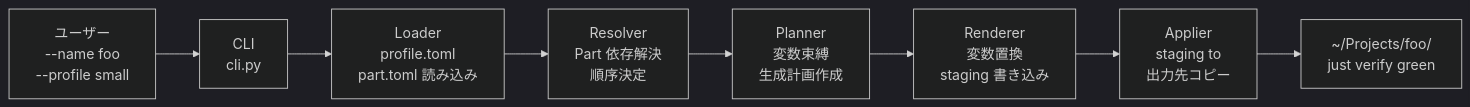
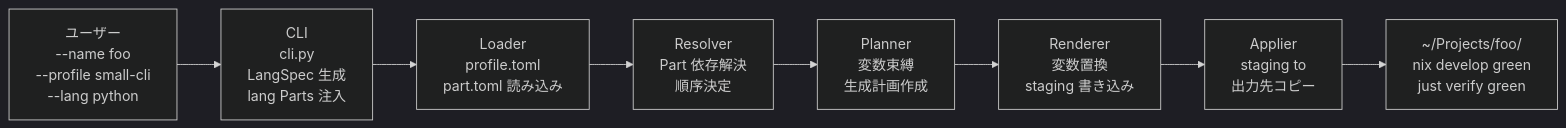
The diagram in docs/draft/project-direction.md (hisuilab/_template), drawn with Mermaid before and after one commit. The commit also changed other lines of this file, not shown here.

First line of the commit message:
docs(draft): add lang Part architecture and --lang resolution rules

````diff
--- a/docs/draft/project-direction.md
+++ b/docs/draft/project-direction.md
@@ -126,20 +126,20 @@
 ```mermaid
 %%{init: {"theme": "dark"}}%%
 flowchart LR
-    User["ユーザー<br/>--name foo<br/>--profile small"]
-    CLI["CLI<br/>cli.py"]
+    User["ユーザー<br/>--name foo<br/>--profile small-cli<br/>--lang python"]
+    CLI["CLI<br/>cli.py<br/>LangSpec 生成<br/>lang Parts 注入"]
     Loader["Loader<br/>profile.toml<br/>part.toml 読み込み"]
     Resolver["Resolver<br/>Part 依存解決<br/>順序決定"]
     Planner["Planner<br/>変数束縛<br/>生成計画作成"]
     Renderer["Renderer<br/>変数置換<br/>staging 書き込み"]
     Applier["Applier<br/>staging to<br/>出力先コピー"]
-    Output["~/Projects/foo/<br/>just verify green"]
+    Output["~/Projects/foo/<br/>nix develop green<br/>just verify green"]
 
     User --> CLI
     CLI --> Loader
     Loader --> Resolver
     Resolver --> Planner
     Planner --> Renderer
     Renderer --> Applier
     Applier --> Output
 ```
````
